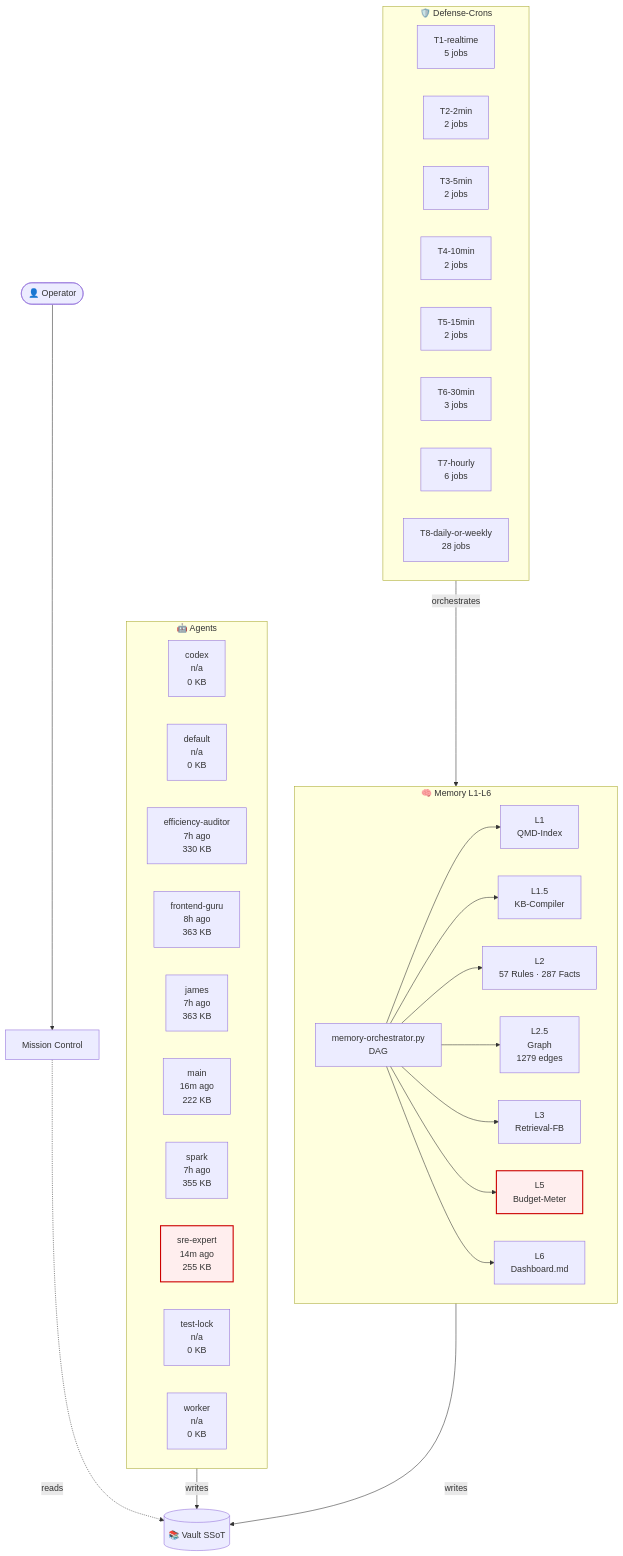
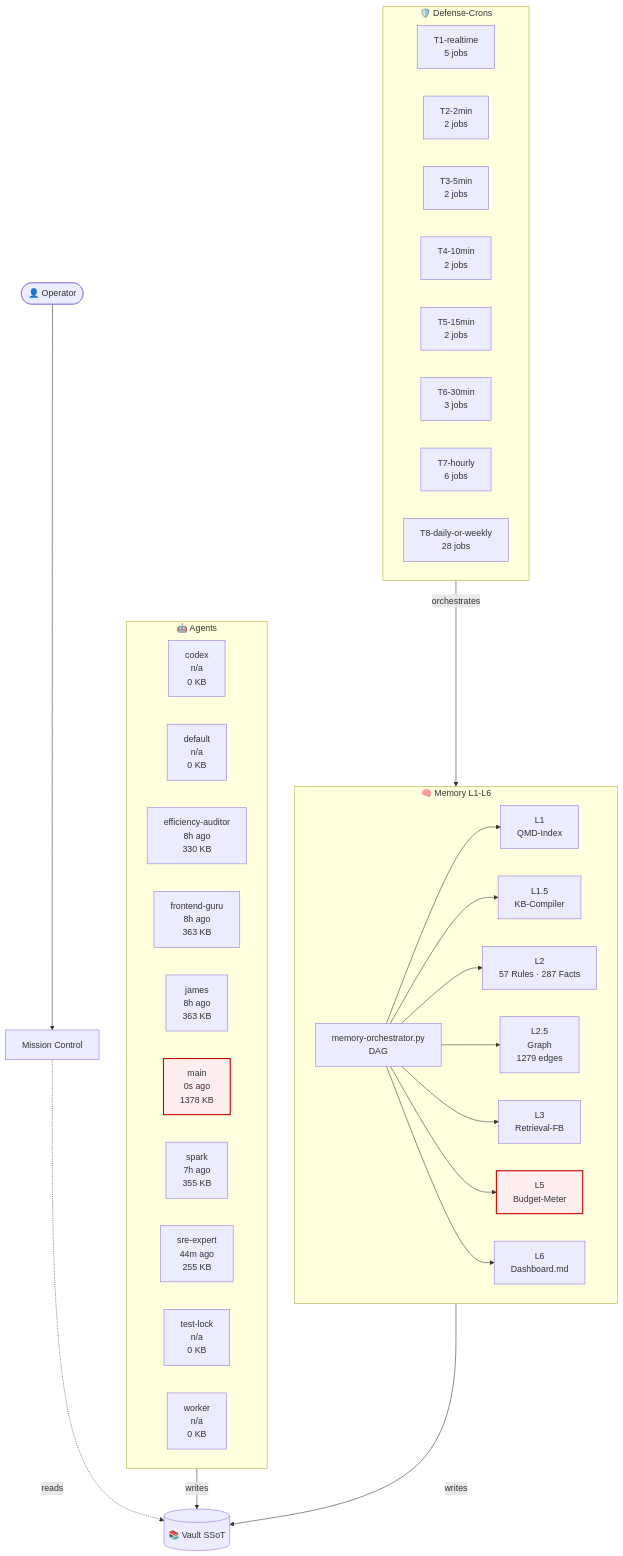
Before and after one commit to lenardhuebner88-rgb/openclaw-memory: the diagram in 03-Agents/architecture-live.md, drawn with Mermaid. The commit also changed other lines of this file and 1 other file, not shown here.

````diff
--- a/03-Agents/architecture-live.md
+++ b/03-Agents/architecture-live.md
@@ -18,53 +18,53 @@
 ```mermaid
 flowchart TB
     classDef critical fill:#fee,stroke:#c00,stroke-width:2px;
     subgraph AGT["🤖 Agents"]
         agent_codex["codex<br/>n/a<br/>0 KB"]
         agent_default["default<br/>n/a<br/>0 KB"]
-        agent_efficiency_auditor["efficiency-auditor<br/>7h ago<br/>330 KB"]
+        agent_efficiency_auditor["efficiency-auditor<br/>8h ago<br/>330 KB"]
         agent_frontend_guru["frontend-guru<br/>8h ago<br/>363 KB"]
-        agent_james["james<br/>7h ago<br/>363 KB"]
-        agent_main["main<br/>16m ago<br/>222 KB"]
+        agent_james["james<br/>8h ago<br/>363 KB"]
+        agent_main["main<br/>0s ago<br/>1378 KB"]
         agent_spark["spark<br/>7h ago<br/>355 KB"]
-        agent_sre_expert["sre-expert<br/>14m ago<br/>255 KB"]
+        agent_sre_expert["sre-expert<br/>44m ago<br/>255 KB"]
         agent_test_lock["test-lock<br/>n/a<br/>0 KB"]
         agent_worker["worker<br/>n/a<br/>0 KB"]
     end
     subgraph MEM["🧠 Memory L1-L6"]
         L1["L1<br/>QMD-Index"]
         L15["L1.5<br/>KB-Compiler"]
         L2["L2<br/>57 Rules · 287 Facts"]
         L25["L2.5<br/>Graph<br/>1279 edges"]
         L3["L3<br/>Retrieval-FB"]
         L5["L5<br/>Budget-Meter"]
         L6["L6<br/>Dashboard.md"]
         ORCH["memory-orchestrator.py<br/>DAG"]
     end
     subgraph CRN["🛡️ Defense-Crons"]
         tier_T1_realtime["T1-realtime<br/>5 jobs"]
         tier_T2_2min["T2-2min<br/>2 jobs"]
         tier_T3_5min["T3-5min<br/>2 jobs"]
         tier_T4_10min["T4-10min<br/>2 jobs"]
         tier_T5_15min["T5-15min<br/>2 jobs"]
         tier_T6_30min["T6-30min<br/>3 jobs"]
         tier_T7_hourly["T7-hourly<br/>6 jobs"]
         tier_T8_daily_or_weekly["T8-daily-or-weekly<br/>28 jobs"]
     end
     VAULT[("📚 Vault SSoT")]
     OP([👤 Operator])
     MC["Mission Control"]
     OP --> MC
     MC -.reads.-> VAULT
     AGT -->|writes| VAULT
     MEM -->|writes| VAULT
     ORCH --> L1
     ORCH --> L15
     ORCH --> L2
     ORCH --> L25
     ORCH --> L3
     ORCH --> L5
     ORCH --> L6
     CRN -->|orchestrates| MEM
     class L5 critical
-    class agent_sre_expert critical
+    class agent_main critical
 ```
````
